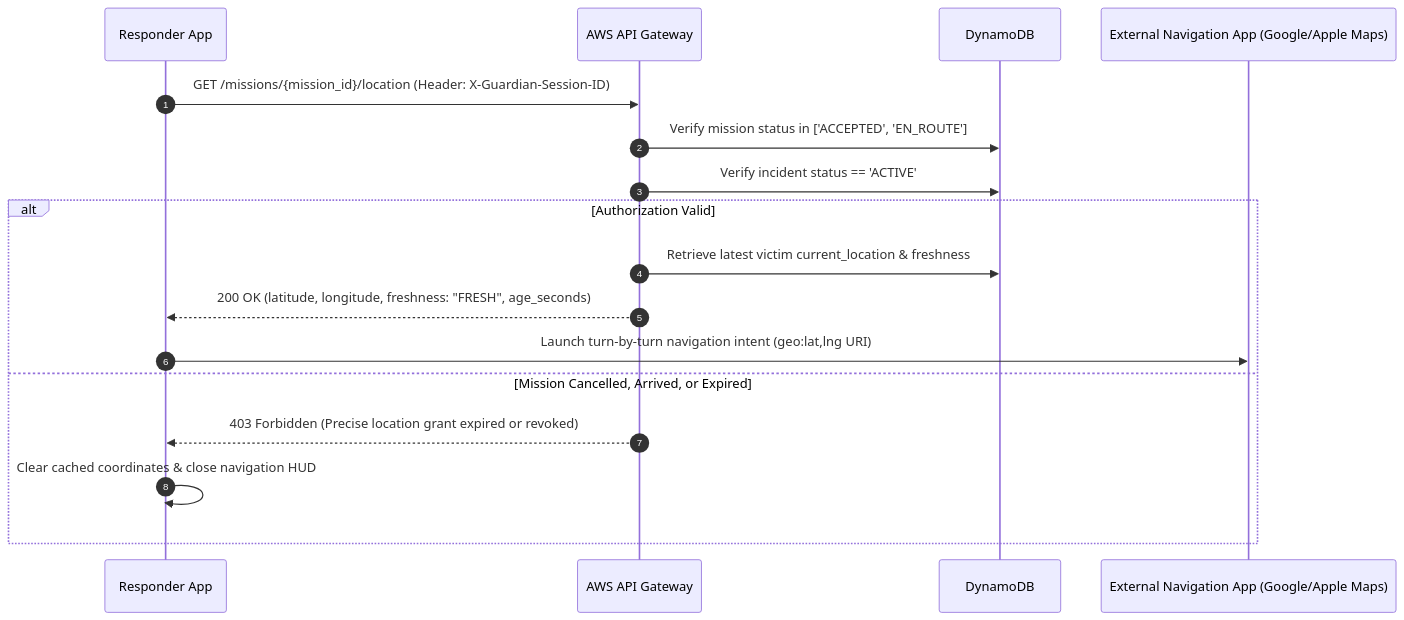
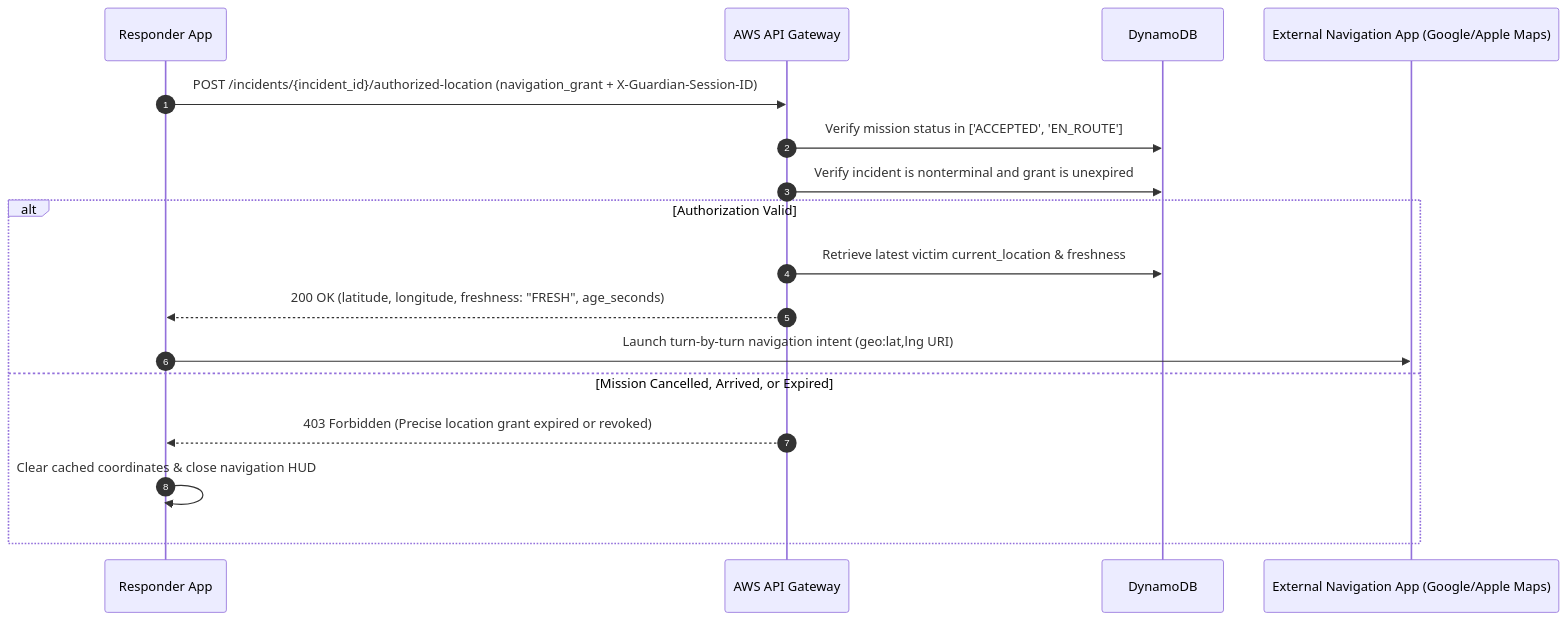
One commit to kunaldrafts25/Guardian changed the ninth of 10 diagrams in docs/ARCHITECTURE.md. Above: the diagram before and after it, drawn with Mermaid. The commit also changed other lines of this file, not shown here.

Commit message:
docs(phase4): correct responder and location workflow semantics

````diff
--- a/docs/ARCHITECTURE.md
+++ b/docs/ARCHITECTURE.md
@@ -330,20 +329,20 @@
 ```mermaid
 sequenceDiagram
     autonumber
     participant RespUI as Responder App
     participant Backend as AWS API Gateway
     participant Dynamo as DynamoDB
     participant ExtNav as External Navigation App (Google/Apple Maps)
 
-    RespUI->>Backend: GET /missions/{mission_id}/location (Header: X-Guardian-Session-ID)
+    RespUI->>Backend: POST /incidents/{incident_id}/authorized-location (navigation_grant + X-Guardian-Session-ID)
     Backend->>Dynamo: Verify mission status in ['ACCEPTED', 'EN_ROUTE']
-    Backend->>Dynamo: Verify incident status == 'ACTIVE'
+    Backend->>Dynamo: Verify incident is nonterminal and grant is unexpired
     alt Authorization Valid
         Backend->>Dynamo: Retrieve latest victim current_location & freshness
         Backend-->>RespUI: 200 OK (latitude, longitude, freshness: "FRESH", age_seconds)
         RespUI->>ExtNav: Launch turn-by-turn navigation intent (geo:lat,lng URI)
     else Mission Cancelled, Arrived, or Expired
         Backend-->>RespUI: 403 Forbidden (Precise location grant expired or revoked)
         RespUI->>RespUI: Clear cached coordinates & close navigation HUD
     end
 ```
````
